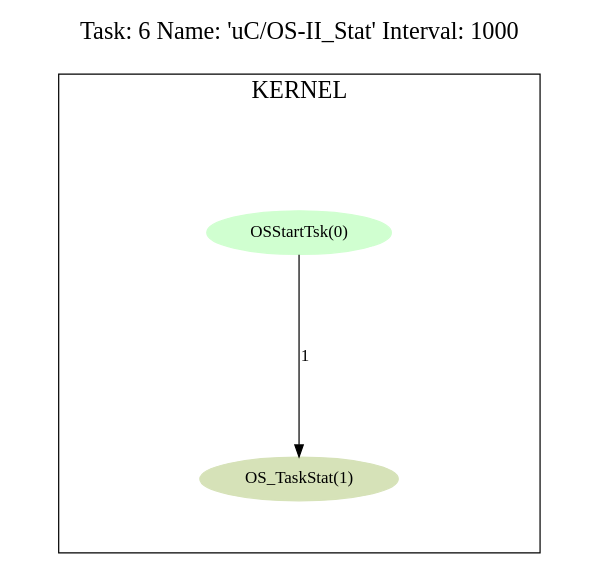
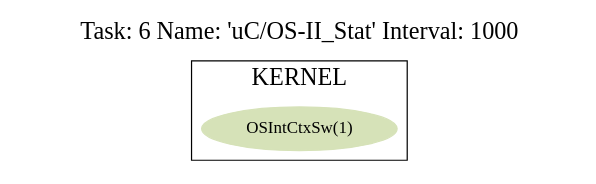
The diagram in ovp_platform/platform_2_tlb/6.uC-OS-II_Stat.cpum.dot (jcaplan/fingerprinting), drawn with Graphviz before and after one commit. The commit also changed 236 other files, not shown here.

```diff
--- a/ovp_platform/platform_2_tlb/6.uC-OS-II_Stat.cpum.dot
+++ b/ovp_platform/platform_2_tlb/6.uC-OS-II_Stat.cpum.dot
@@ -1,16 +1,13 @@
 digraph prof {
   size="6,6";
   ratio = fill;
   fontsize = "20";
   node [style=filled];
   labelloc = "t";
   label = "Task: 6 Name: 'uC/OS-II_Stat' Interval: 1000";
   subgraph cluster_kernel {
     label = "KERNEL";
-    "F1" [label = "OS_TaskStat(1)"];
-    "F0" [label = "OSStartTsk(0)"];
-    "F0" -> "F1" [label = 1];
-    "F1" [color="#d6e2b8"];
-    "F0" [color="#d0ffd0"];
+    "F0" [label = "OSIntCtxSw(1)"];
+    "F0" [color="#d6e2b8"];
   }
 }
```
